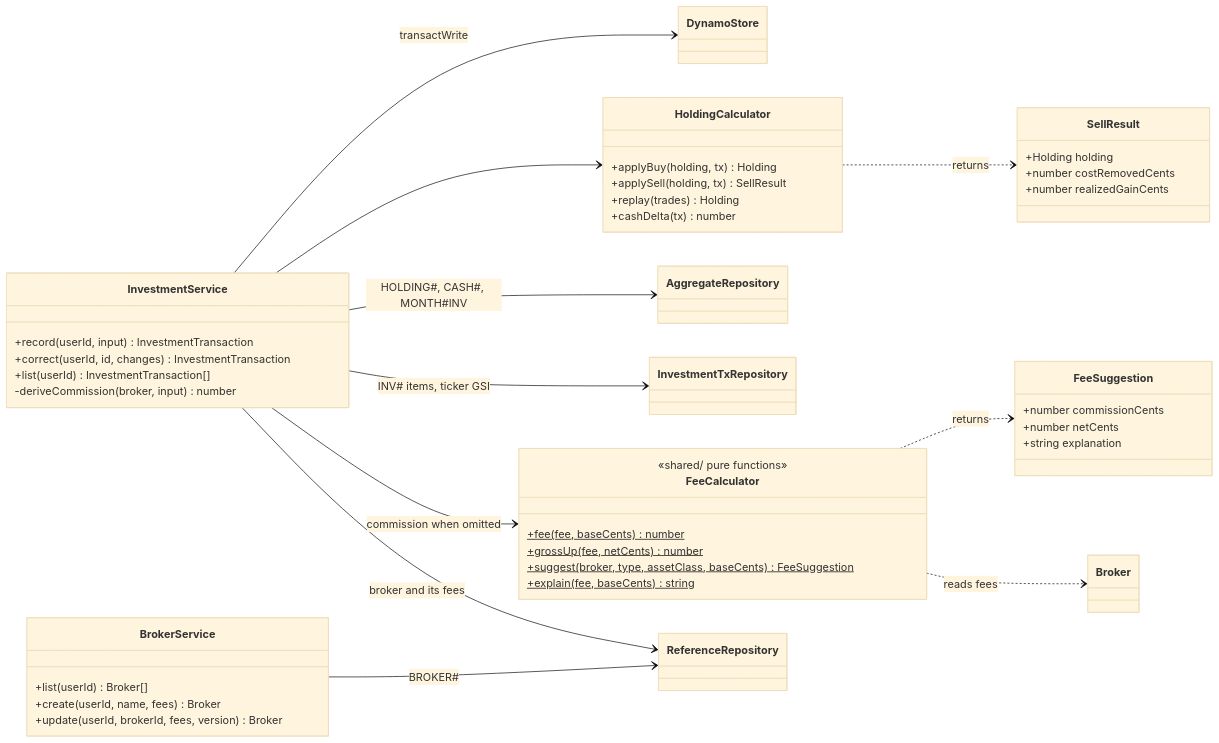
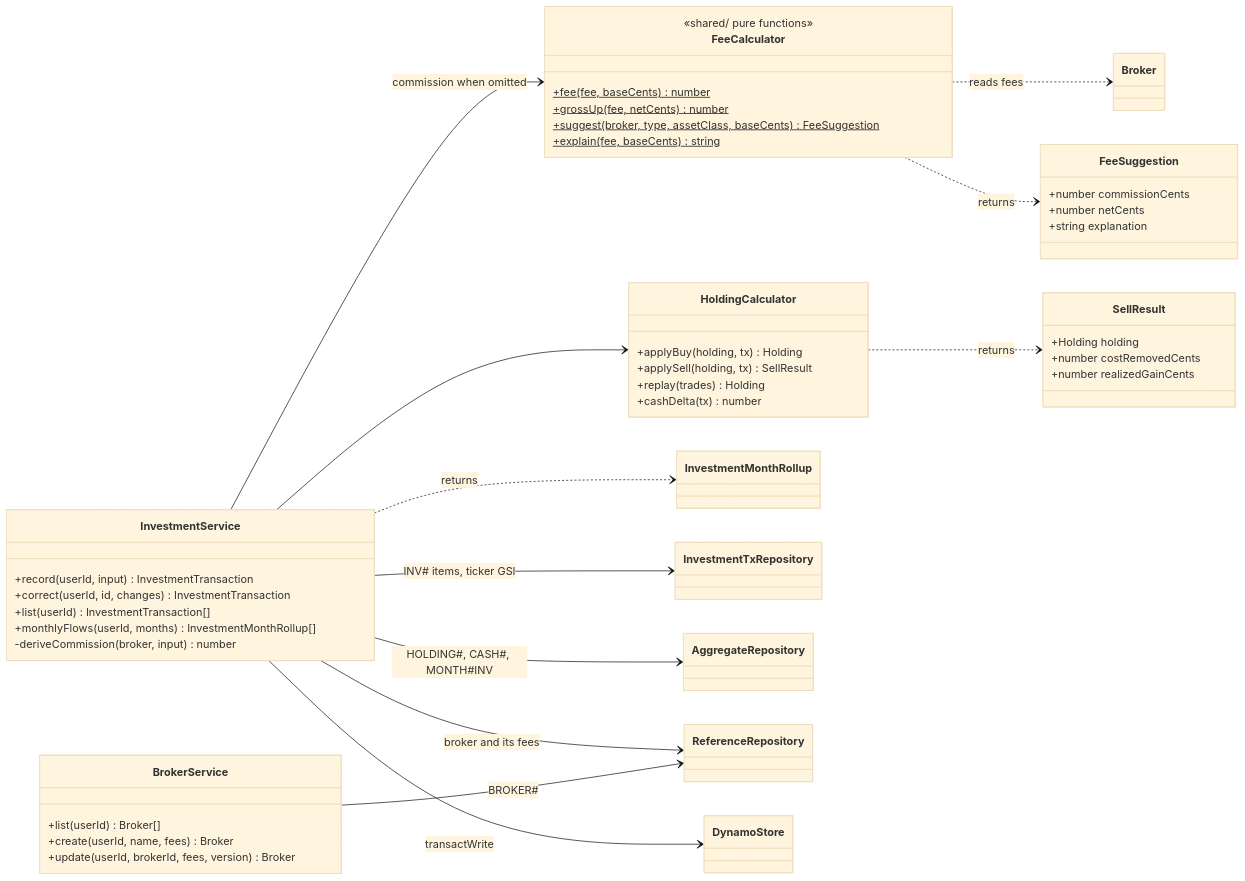
One commit to Ezequiel294/cs3365-finance-app changed diagram 24 of 26 in docs/diagrams/class-diagram.md. Above: the diagram before and after it, drawn with Mermaid (base theme). The commit also changed other lines of this file and 18 other files, not shown here.

Commit message:
attempt 3 design/architecture changes

````diff
--- a/docs/diagrams/class-diagram.md
+++ b/docs/diagrams/class-diagram.md
@@ -1552,53 +2547,56 @@
 ```mermaid
 classDiagram
     direction LR
     class InvestmentService {
         +record(userId, input) InvestmentTransaction
         +correct(userId, id, changes) InvestmentTransaction
         +list(userId) InvestmentTransaction[]
+        +monthlyFlows(userId, months) InvestmentMonthRollup[]
         -deriveCommission(broker, input) number
     }
     class HoldingCalculator {
         +applyBuy(holding, tx) Holding
         +applySell(holding, tx) SellResult
         +replay(trades) Holding
         +cashDelta(tx) number
     }
     class SellResult {
         +Holding holding
         +number costRemovedCents
         +number realizedGainCents
     }
     class FeeCalculator {
         <<shared/ pure functions>>
         +fee(fee, baseCents)$ number
         +grossUp(fee, netCents)$ number
         +suggest(broker, type, assetClass, baseCents)$ FeeSuggestion
         +explain(fee, baseCents)$ string
     }
     class FeeSuggestion {
         +number commissionCents
         +number netCents
         +string explanation
     }
     class BrokerService {
         +list(userId) Broker[]
         +create(userId, name, fees) Broker
         +update(userId, brokerId, fees, version) Broker
     }
     class Broker
+    class InvestmentMonthRollup
     class InvestmentTxRepository
     class AggregateRepository
     class ReferenceRepository
     class DynamoStore
+    InvestmentService ..> InvestmentMonthRollup : returns
     InvestmentService --> ReferenceRepository : broker and its fees
     InvestmentService --> FeeCalculator : commission when omitted
     InvestmentService --> InvestmentTxRepository : INV# items, ticker GSI
     InvestmentService --> AggregateRepository : HOLDING#, CASH#, MONTH#INV
     InvestmentService --> HoldingCalculator
     InvestmentService --> DynamoStore : transactWrite
     HoldingCalculator ..> SellResult : returns
     FeeCalculator ..> Broker : reads fees
     FeeCalculator ..> FeeSuggestion : returns
     BrokerService --> ReferenceRepository : BROKER#
 ```
````
